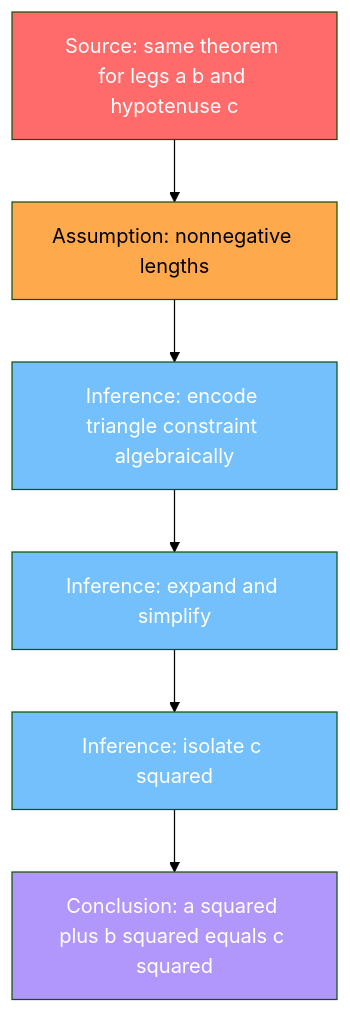
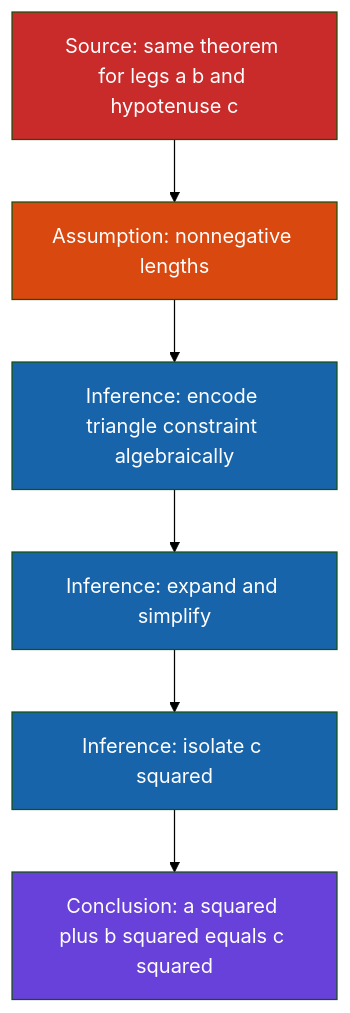
Before and after one commit to garywelz/progframe: the seventh of 8 diagrams in collaborations/mathematics-database/algorithms-axiomatic-theories-proofs-revised.md, drawn with Mermaid (forest theme). The commit also changed other lines of this file and 13 other files, not shown here.

First line of the commit message:
Improve figure contrast and label size in math paper PDF

````diff
--- a/collaborations/mathematics-database/algorithms-axiomatic-theories-proofs-revised.md
+++ b/collaborations/mathematics-database/algorithms-axiomatic-theories-proofs-revised.md
@@ -379,16 +379,16 @@
 ```mermaid
 flowchart TD
   T2["Source: same theorem for legs a b and hypotenuse c"]
   A0["Assumption: nonnegative lengths"]
   R1["Inference: encode triangle constraint algebraically"]
   R2["Inference: expand and simplify"]
   R3["Inference: isolate c squared"]
   CO2["Conclusion: a squared plus b squared equals c squared"]
   T2 --> A0 --> R1 --> R2 --> R3 --> CO2
-  style T2 fill:#ff6b6b,color:#fff
-  style A0 fill:#ffa94d,color:#000
-  style R1 fill:#74c0fc,color:#fff
-  style R2 fill:#74c0fc,color:#fff
-  style R3 fill:#74c0fc,color:#fff
-  style CO2 fill:#b197fc,color:#fff
+  style T2 fill:#c92a2a,color:#fff
+  style A0 fill:#d9480f,color:#fff
+  style R1 fill:#1864ab,color:#fff
+  style R2 fill:#1864ab,color:#fff
+  style R3 fill:#1864ab,color:#fff
+  style CO2 fill:#6741d9,color:#fff
 ```
````
